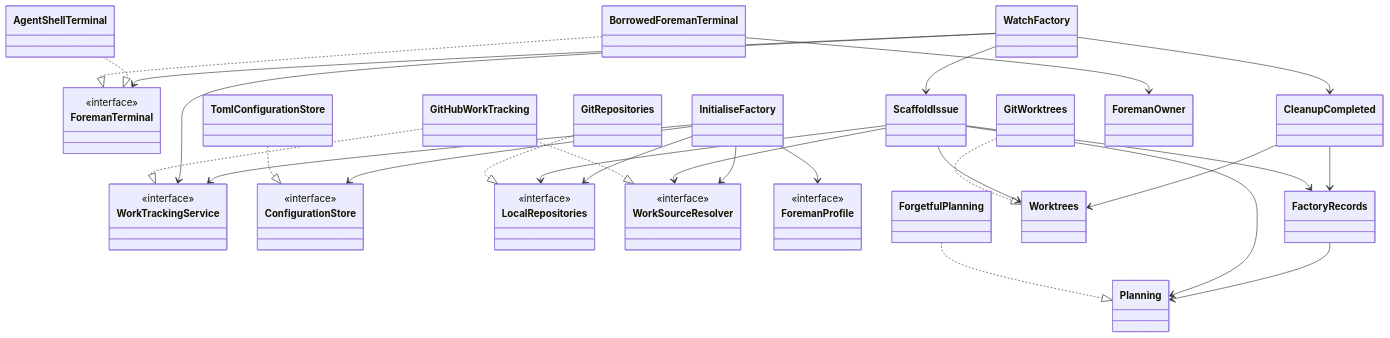
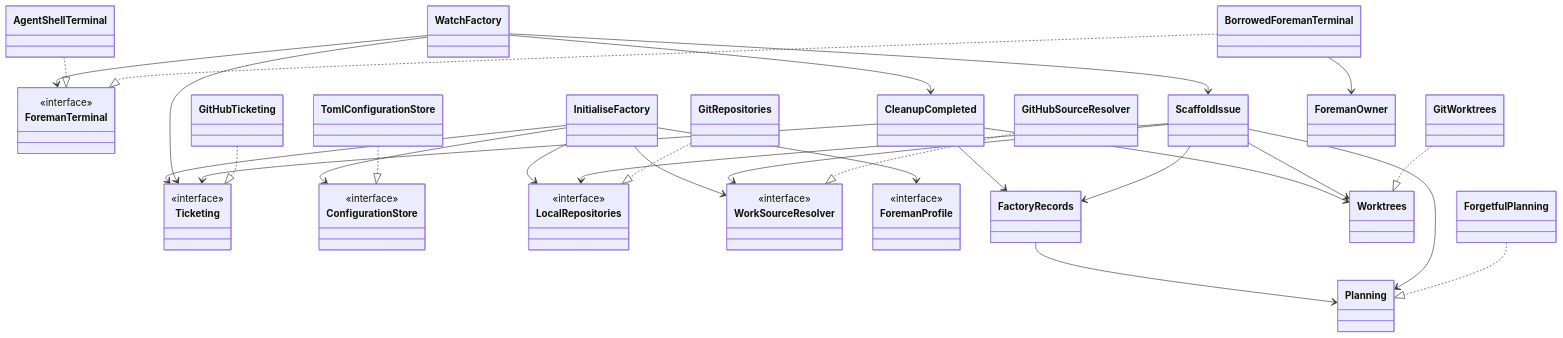
One commit to ScottRBK/factory changed the diagram in docs/architecture.md. Above: the diagram before and after it, drawn with Mermaid. The commit also changed other lines of this file and 11 other files, not shown here.

````diff
--- a/docs/architecture.md
+++ b/docs/architecture.md
@@ -63,48 +64,49 @@
 ```mermaid
 classDiagram
     direction TB
-    class WorkTrackingService {
+    class Ticketing {
         <<interface>>
     }
     class ConfigurationStore {
         <<interface>>
     }
     class LocalRepositories {
         <<interface>>
     }
     class WorkSourceResolver {
         <<interface>>
     }
     class ForemanTerminal {
         <<interface>>
     }
     class ForemanProfile {
         <<interface>>
     }
-    InitialiseFactory --> WorkTrackingService
+    InitialiseFactory --> Ticketing
     InitialiseFactory --> ConfigurationStore
     InitialiseFactory --> LocalRepositories
     InitialiseFactory --> WorkSourceResolver
     InitialiseFactory --> ForemanProfile
-    WatchFactory --> WorkTrackingService
+    WatchFactory --> Ticketing
     WatchFactory --> ForemanTerminal
     WatchFactory --> ScaffoldIssue
     WatchFactory --> CleanupCompleted
     CleanupCompleted --> FactoryRecords
     CleanupCompleted --> Worktrees
+    CleanupCompleted --> Ticketing
     ScaffoldIssue --> FactoryRecords
     FactoryRecords --> Planning
     ScaffoldIssue --> Planning
     ScaffoldIssue --> Worktrees
     ScaffoldIssue --> LocalRepositories
     ScaffoldIssue --> WorkSourceResolver
     ForgetfulPlanning ..|> Planning
     GitWorktrees ..|> Worktrees
-    GitHubWorkTracking ..|> WorkTrackingService
-    GitHubWorkTracking ..|> WorkSourceResolver
+    GitHubTicketing ..|> Ticketing
+    GitHubSourceResolver ..|> WorkSourceResolver
     TomlConfigurationStore ..|> ConfigurationStore
     GitRepositories ..|> LocalRepositories
     AgentShellTerminal ..|> ForemanTerminal
     BorrowedForemanTerminal ..|> ForemanTerminal
     BorrowedForemanTerminal --> ForemanOwner
 ```
````
